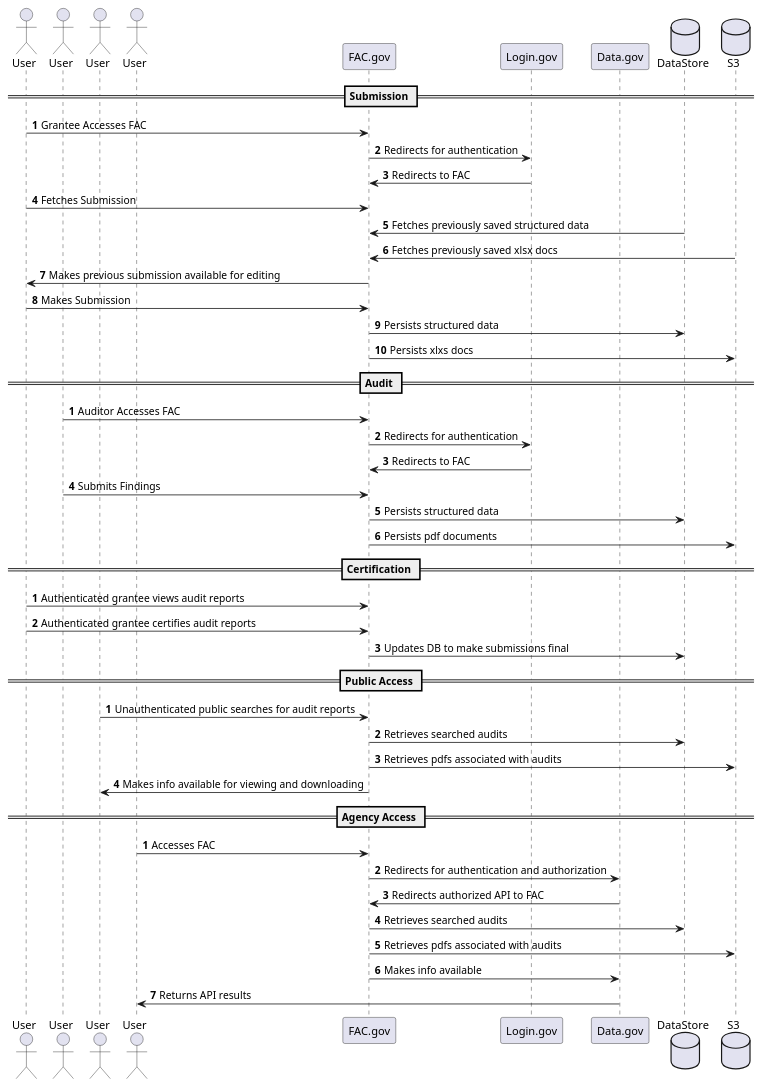
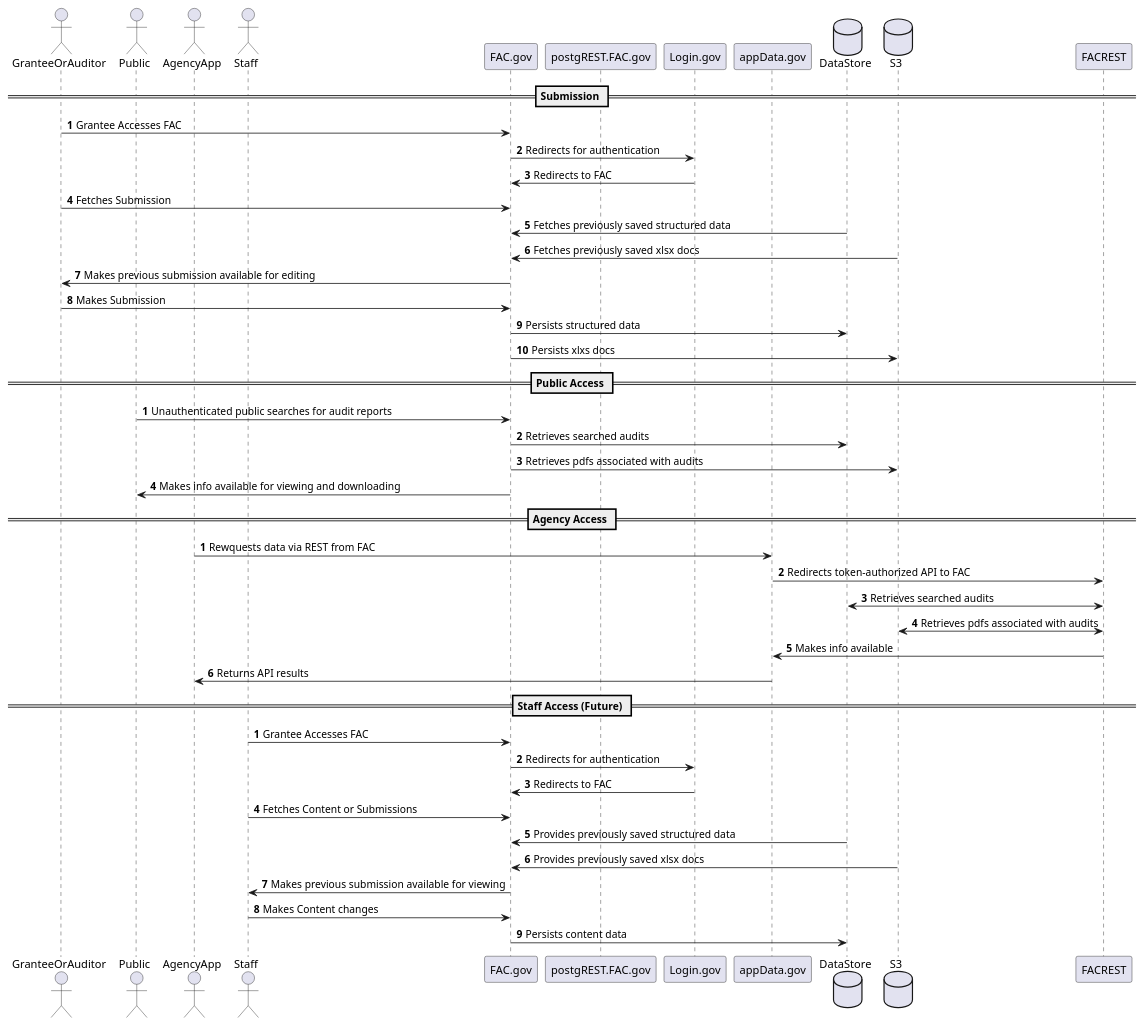
Before and after one commit to GSA-TTS/FAC: the diagram in docs/architecture/diagrams/Application/FAC_Sequence.puml, drawn with PlantUML. The commit also changed 5 other files, not shown here.

```diff
--- a/docs/architecture/diagrams/Application/FAC_Sequence.puml
+++ b/docs/architecture/diagrams/Application/FAC_Sequence.puml
@@ -1,61 +1,57 @@
-@startuml
-Actor User as Grantee
-Actor User as Auditor
-Actor User as Public
-Actor User as Agency
+@startuml User Interaction Diagram
+Actor GranteeOrAuditor
+Actor Public
+Actor AgencyApp
+Actor Staff
 
 Participant “FAC.gov” as FAC
+Participant “postgREST.FAC.gov” as FacREST
 Participant “Login.gov” as LoginGov
-Participant “Data.gov” as DataGov
+Participant “appData.gov” as DataGov
 
 Database “DataStore” as DB
 Database "S3" as S3
 
 autonumber 
 == Submission ==
-Grantee -> FAC : Grantee Accesses FAC
+GranteeOrAuditor -> FAC : Grantee Accesses FAC
 FAC -> LoginGov : Redirects for authentication
 LoginGov -> FAC : Redirects to FAC
-Grantee -> FAC : Fetches Submission
+GranteeOrAuditor -> FAC : Fetches Submission
 DB -> FAC : Fetches previously saved structured data
 S3 -> FAC : Fetches previously saved xlsx docs
-FAC -> Grantee : Makes previous submission available for editing
-Grantee -> FAC : Makes Submission
+FAC -> GranteeOrAuditor : Makes previous submission available for editing
+GranteeOrAuditor -> FAC : Makes Submission
 FAC -> DB : Persists structured data
 FAC -> S3 : Persists xlxs docs
 
-autonumber
-== Audit ==
-Auditor -> FAC : Auditor Accesses FAC
-FAC -> LoginGov : Redirects for authentication
-LoginGov -> FAC : Redirects to FAC
-Auditor -> FAC : Submits Findings
-FAC -> DB : Persists structured data
-FAC -> S3 : Persists pdf documents
-
-autonumber
-== Certification ==
-Grantee -> FAC : Authenticated grantee views audit reports
-Grantee -> FAC : Authenticated grantee certifies audit reports
-FAC -> DB : Updates DB to make submissions final
 
 autonumber
 == Public Access ==
 Public -> FAC : Unauthenticated public searches for audit reports
 FAC -> DB : Retrieves searched audits
 FAC -> S3 : Retrieves pdfs associated with audits
 FAC -> Public : Makes info available for viewing and downloading
 
 autonumber
 == Agency Access ==
-Agency -> FAC :  Accesses FAC
-FAC -> DataGov : Redirects for authentication and authorization
-DataGov -> FAC : Redirects authorized API to FAC
-FAC -> DB : Retrieves searched audits
-FAC -> S3 : Retrieves pdfs associated with audits
-FAC -> DataGov : Makes info available
-DataGov -> Agency : Returns API results
+AgencyApp -> DataGov :  Rewquests data via REST from FAC
+DataGov -> FACREST : Redirects token-authorized API to FAC
+FACREST <-> DB : Retrieves searched audits
+FACREST <-> S3 : Retrieves pdfs associated with audits
+FACREST -> DataGov : Makes info available
+DataGov -> AgencyApp : Returns API results
 
-
+autonumber
+== Staff Access (Future) ==
+Staff -> FAC : Grantee Accesses FAC
+FAC -> LoginGov : Redirects for authentication
+LoginGov -> FAC : Redirects to FAC
+Staff -> FAC : Fetches Content or Submissions
+DB -> FAC : Provides previously saved structured data
+S3 -> FAC : Provides previously saved xlsx docs
+FAC -> Staff : Makes previous submission available for viewing
+Staff -> FAC : Makes Content changes
+FAC -> DB : Persists content data
 
 @enduml
```
